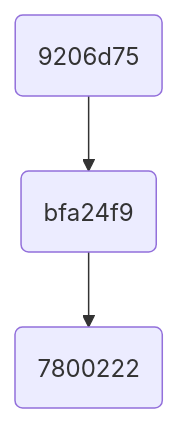
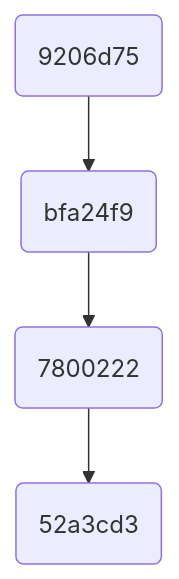
The diagram in HW2/graph.mmd (Aneynni/config_management_MIREA), drawn with Mermaid before and after one commit.

Commit message:
commit before checking out to previous commit

```diff
--- a/HW2/graph.mmd
+++ b/HW2/graph.mmd
@@ -1,6 +1,8 @@
 graph TD;
+    52a3cd3(52a3cd3);
+    7800222 --> 52a3cd3;
     7800222(7800222);
     bfa24f9 --> 7800222;
     bfa24f9(bfa24f9);
     9206d75 --> bfa24f9;
     9206d75(9206d75);
```
